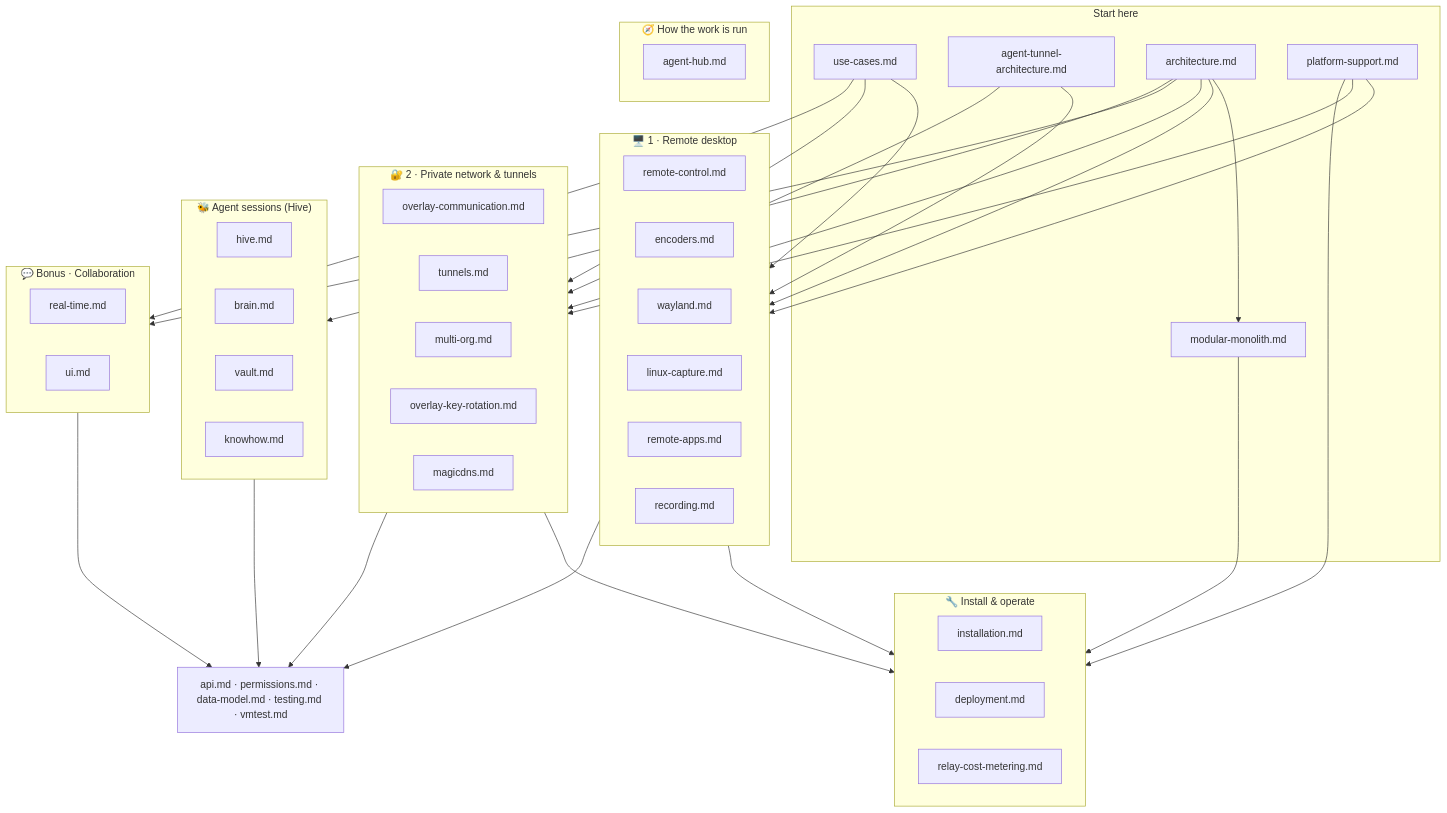
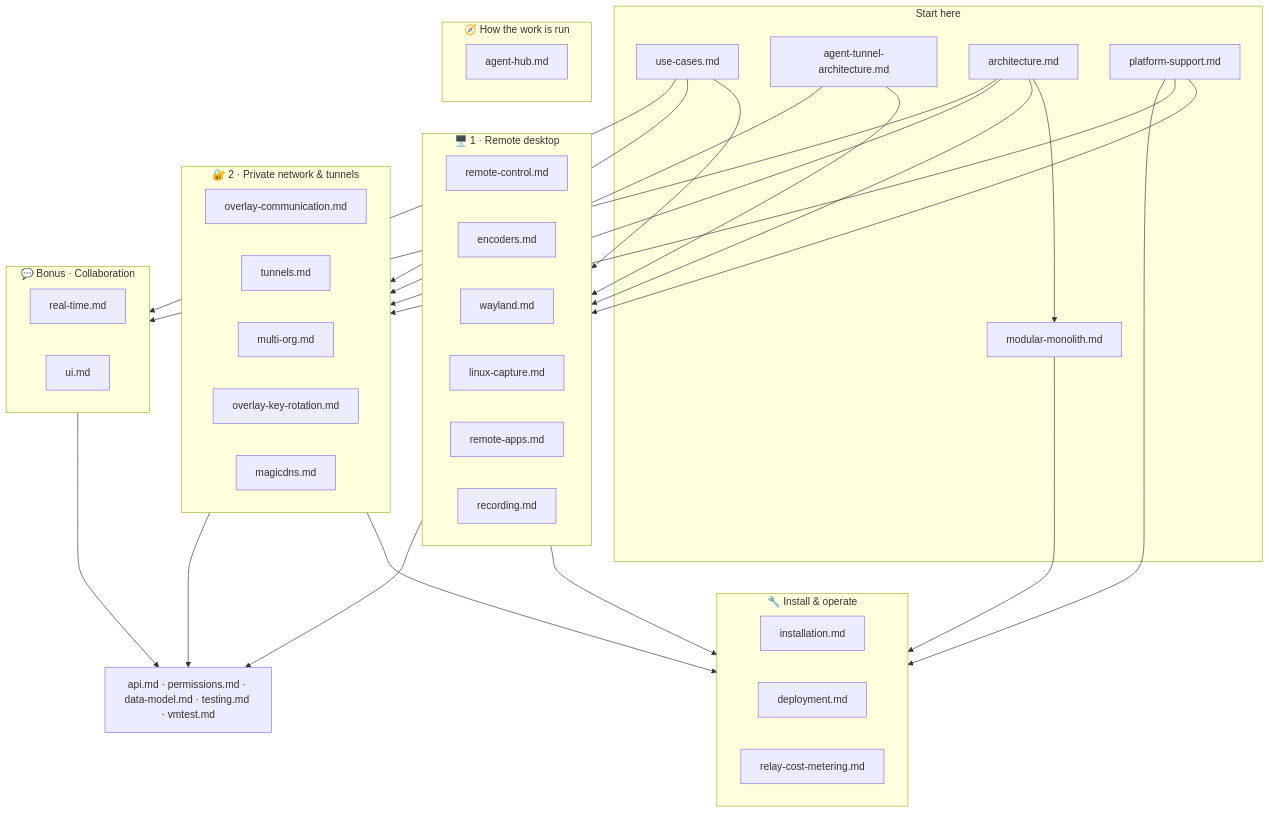
Before and after one commit to gjovanov/roomler-ai: the diagram in docs/README.md, drawn with Mermaid. The commit also changed other lines of this file and 9 other files, not shown here.

````diff
--- a/docs/README.md
+++ b/docs/README.md
@@ -24,61 +24,53 @@
 ```mermaid
 flowchart TB
     subgraph entry["Start here"]
         UC["use-cases.md"]
         ATA["agent-tunnel-architecture.md"]
         ARCH["architecture.md"]
         MM["modular-monolith.md"]
         PS["platform-support.md"]
     end
 
     subgraph rd["🖥️ 1 · Remote desktop"]
         RC["remote-control.md"]
         ENC["encoders.md"]
         WAY["wayland.md"]
         LCAP["linux-capture.md"]
         RAPP["remote-apps.md"]
         REC["recording.md"]
     end
 
     subgraph net["🔐 2 · Private network & tunnels"]
         OC["overlay-communication.md"]
         TUN["tunnels.md"]
         MO["multi-org.md"]
         OKR["overlay-key-rotation.md"]
         MDNS["magicdns.md"]
     end
 
     subgraph collab["💬 Bonus · Collaboration"]
         RT["real-time.md"]
         UIX["ui.md"]
     end
 
-    subgraph hive["🐝 Agent sessions (Hive)"]
-        HIVE["hive.md"]
-        BRAIN["brain.md"]
-        VAULT["vault.md"]
-        KNOW["knowhow.md"]
-    end
-
     subgraph ops["🔧 Install & operate"]
         INST["installation.md"]
         DEP["deployment.md"]
         RCM["relay-cost-metering.md"]
     end
 
     subgraph work["🧭 How the work is run"]
         AHUB["agent-hub.md"]
     end
 
     REF["api.md · permissions.md · data-model.md · testing.md · vmtest.md"]
 
     UC --> rd & net & collab
     ATA --> rd & net
     ARCH --> rd & net & collab
     ARCH --> MM
-    ARCH --> hive
     PS --> rd & net & ops
     MM --> ops
     rd & net --> ops
-    rd & net & collab & hive --> REF
+    rd & net & collab --> REF
 ```
````
